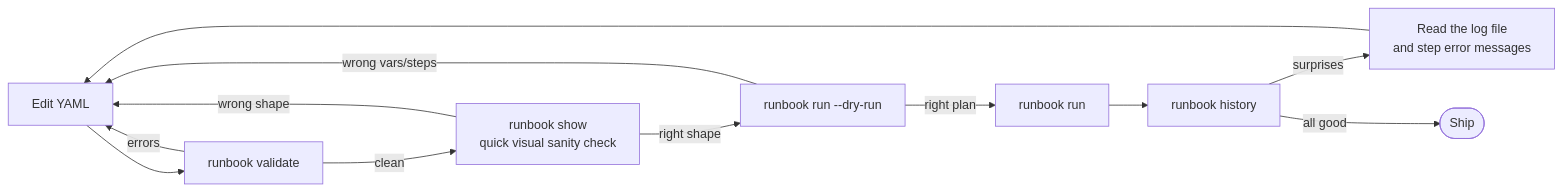
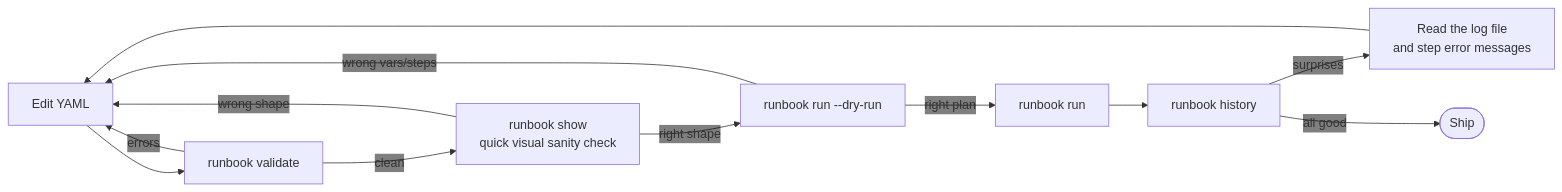
The diagram in docs/guide/07-thinking-in-runbook.md (msjurset/runbook), drawn with Mermaid before and after one commit. The commit also changed 2 other files, not shown here.

Commit message:
Make mermaid edge labels transparent
The default gray label boxes in dark theme were visually crowded and
distracted from the diagram nodes. Setting edgeLabelBackground to
transparent removes the box; the label text floats over the canvas
background, which matches the rest of the diagram.

````diff
--- a/docs/guide/07-thinking-in-runbook.md
+++ b/docs/guide/07-thinking-in-runbook.md
@@ -217,14 +217,15 @@
 ```mermaid
+%%{init: {"themeVariables": {"edgeLabelBackground": "transparent"}}}%%
 flowchart LR
     Edit[Edit YAML] --> Validate[runbook validate]
     Validate -->|errors| Edit
     Validate -->|clean| Show[runbook show<br/>quick visual sanity check]
     Show -->|wrong shape| Edit
     Show -->|right shape| Dry[runbook run --dry-run]
     Dry -->|wrong vars/steps| Edit
     Dry -->|right plan| Real[runbook run]
     Real --> Hist[runbook history]
     Hist -->|surprises| Inspect[Read the log file<br/>and step error messages]
     Inspect --> Edit
     Hist -->|all good| Done([Ship])
 ```
````
